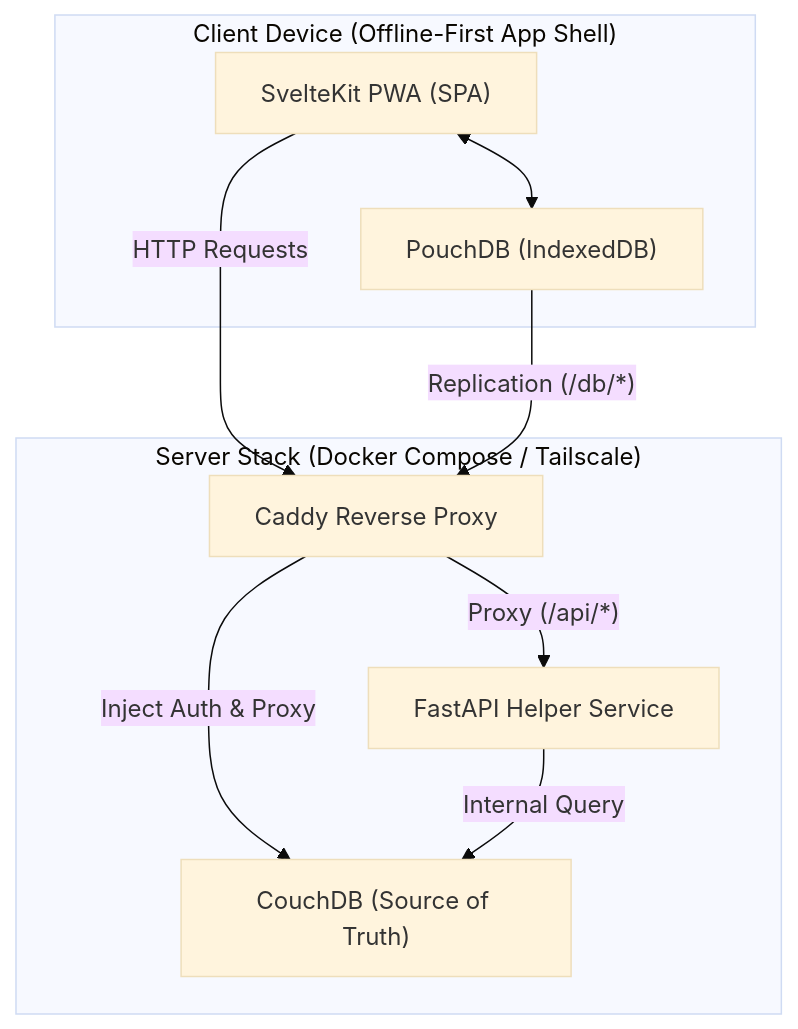
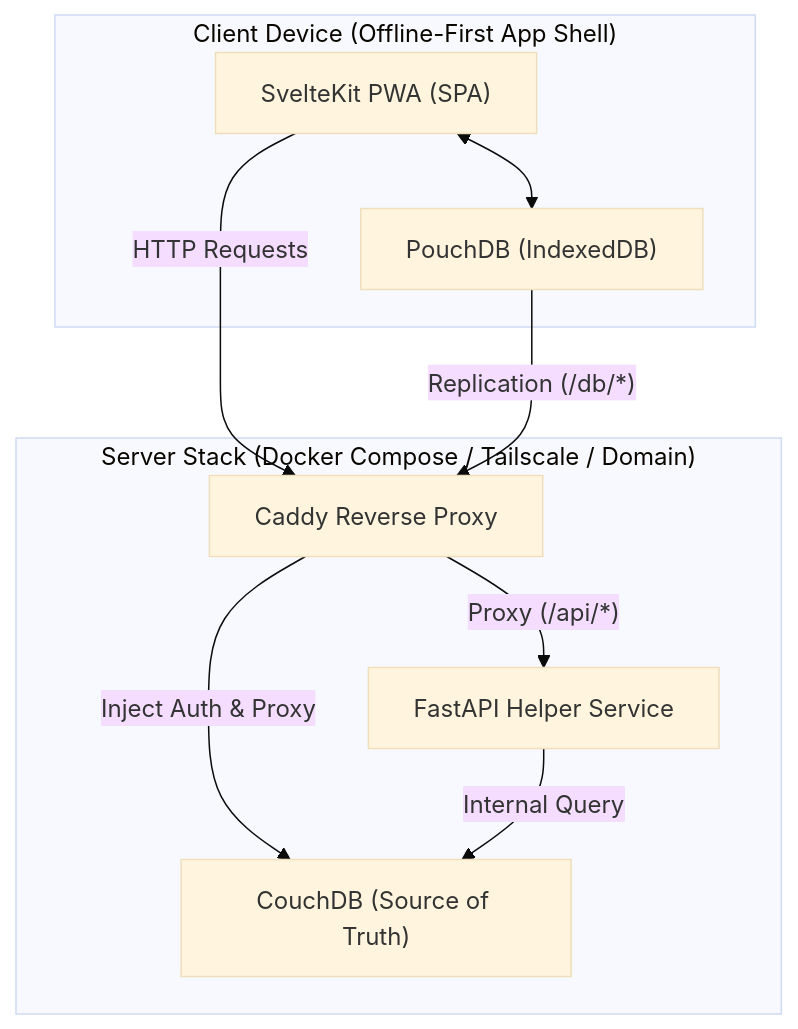
Before and after one commit to britojoao2000/itinera: the diagram in README.md, drawn with Mermaid (base theme). The commit also changed other lines of this file and 3 other files, not shown here.

````diff
--- a/README.md
+++ b/README.md
@@ -18,18 +18,18 @@
 ```mermaid
 flowchart TB
     subgraph Client ["Client Device (Offline-First App Shell)"]
         UI["SvelteKit PWA (SPA)"] <--> Pouch["PouchDB (IndexedDB)"]
     end
 
-    subgraph Server ["Server Stack (Docker Compose / Tailscale)"]
+    subgraph Server ["Server Stack (Docker Compose / Tailscale / Domain)"]
         Caddy["Caddy Reverse Proxy"]
         CouchDB["CouchDB (Source of Truth)"]
         FastAPI["FastAPI Helper Service"]
     end
 
     UI -- HTTP Requests --> Caddy
     Pouch -- Replication (/db/*) --> Caddy
     Caddy -- Inject Auth & Proxy --> CouchDB
     Caddy -- Proxy (/api/*) --> FastAPI
     FastAPI -- Internal Query --> CouchDB
 ```
````
